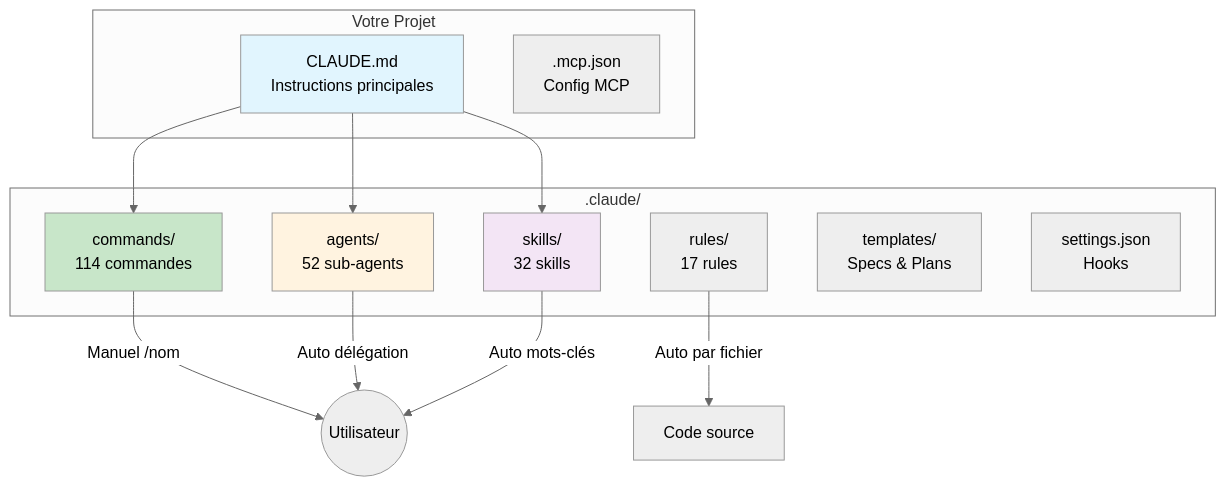
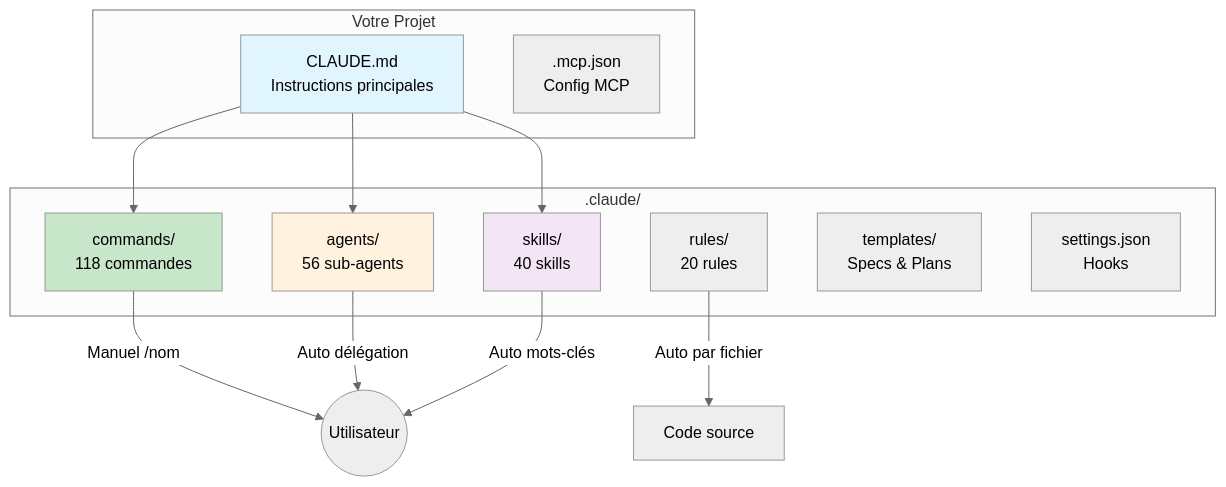
The first of 2 diagrams in website/docs/intro/architecture.md (christopherlouet/claude-base), drawn with Mermaid (neutral theme) before and after one commit. The commit also changed other lines of this file and 57 other files, not shown here.

First line of the commit message:
chore(release): v1.16.0 - New agents, skills, rules & doc sync

````diff
--- a/website/docs/intro/architecture.md
+++ b/website/docs/intro/architecture.md
@@ -15,30 +15,30 @@
 ```mermaid
 graph TB
     subgraph "Votre Projet"
         CLAUDE[CLAUDE.md<br/>Instructions principales]
         MCP[.mcp.json<br/>Config MCP]
     end
 
     subgraph ".claude/"
-        CMDS[commands/<br/>114 commandes]
-        AGENTS[agents/<br/>52 sub-agents]
-        SKILLS[skills/<br/>32 skills]
-        RULES[rules/<br/>17 rules]
+        CMDS[commands/<br/>118 commandes]
+        AGENTS[agents/<br/>56 sub-agents]
+        SKILLS[skills/<br/>40 skills]
+        RULES[rules/<br/>20 rules]
         TPL[templates/<br/>Specs & Plans]
         SETTINGS[settings.json<br/>Hooks]
     end
 
     CLAUDE --> CMDS
     CLAUDE --> AGENTS
     CLAUDE --> SKILLS
 
     CMDS --> |"Manuel /nom"| USER((Utilisateur))
     AGENTS --> |"Auto délégation"| USER
     SKILLS --> |"Auto mots-clés"| USER
     RULES --> |"Auto par fichier"| CODE[Code source]
 
     style CLAUDE fill:#e1f5fe
     style CMDS fill:#c8e6c9
     style AGENTS fill:#fff3e0
     style SKILLS fill:#f3e5f5
 ```
````
